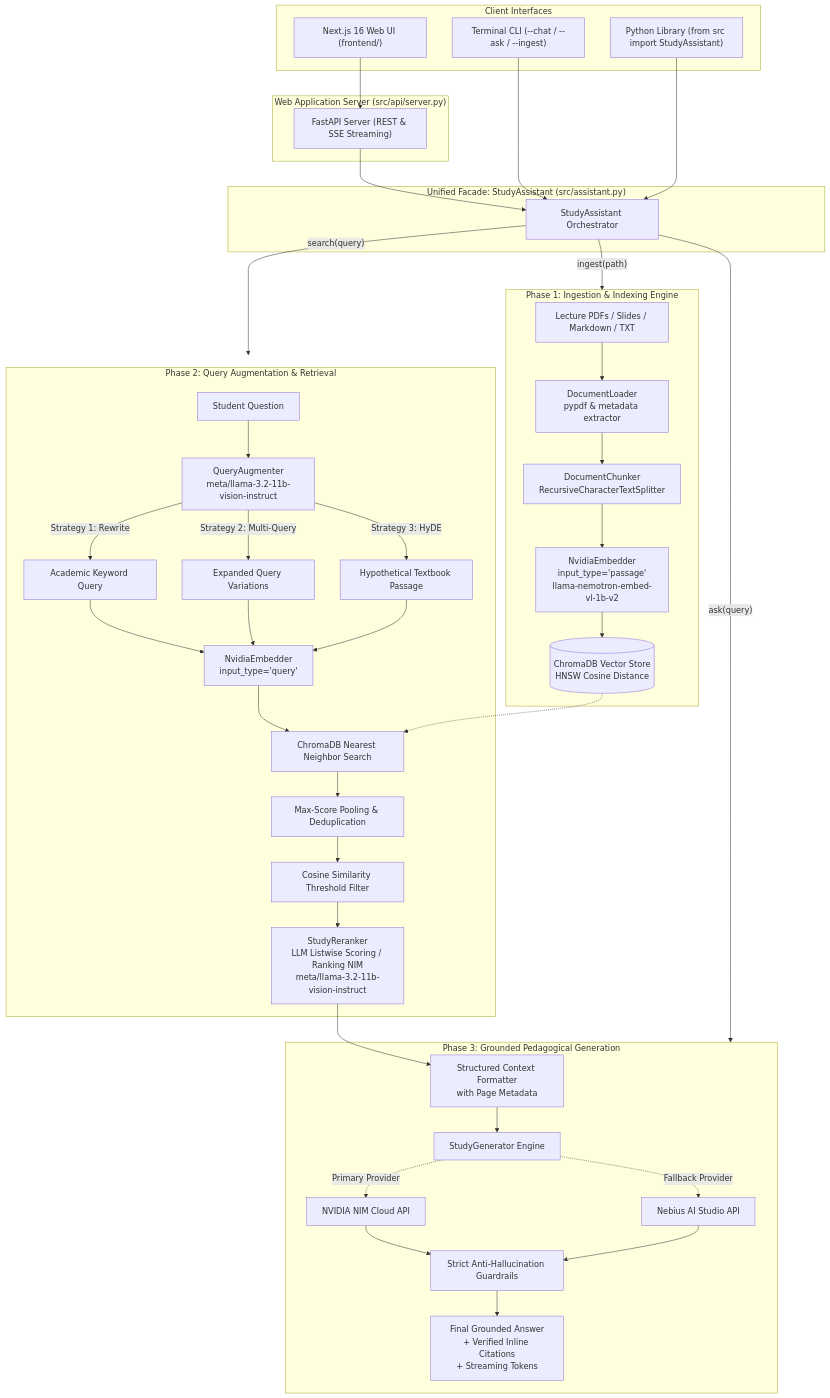
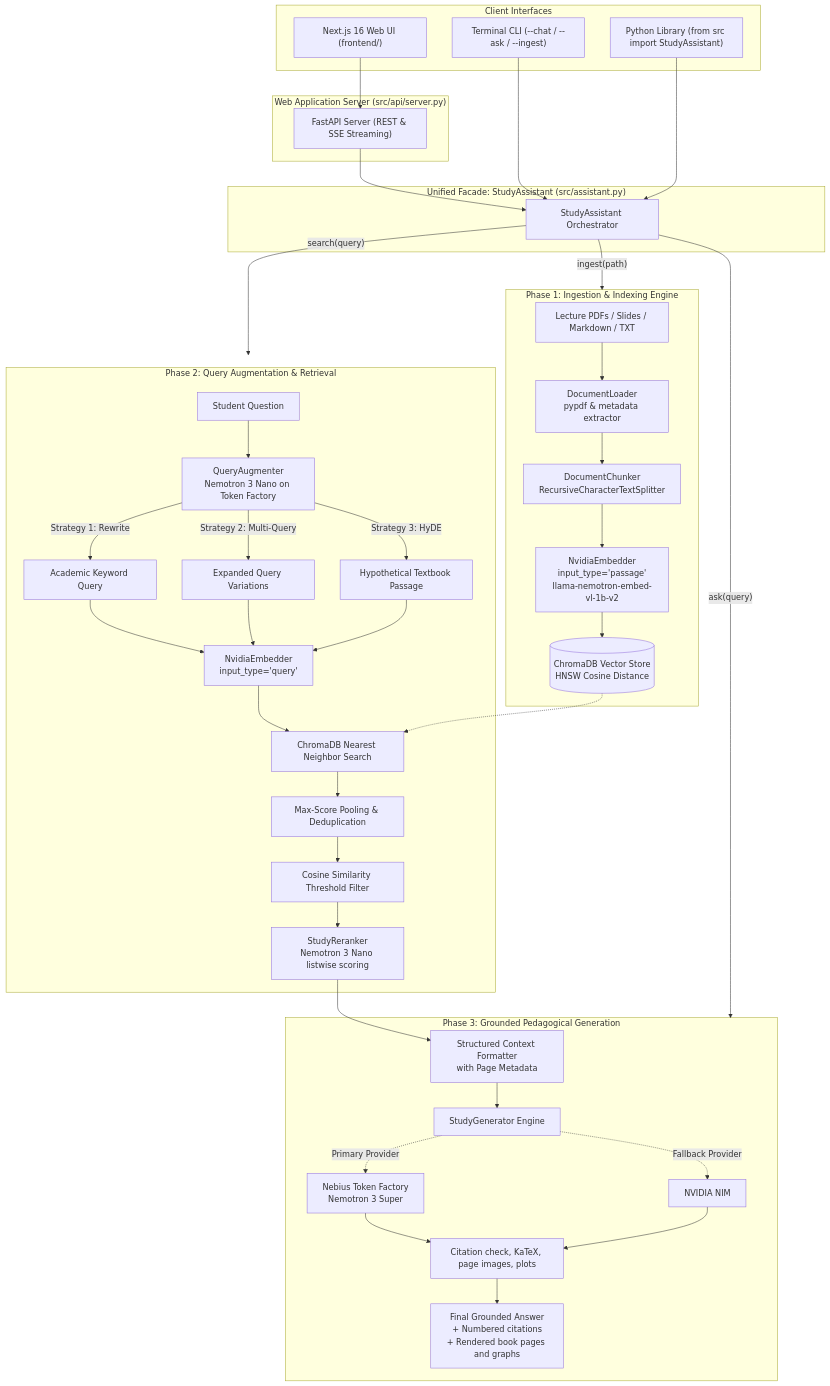
One commit to Khazar451/study-assistant changed the first of 2 diagrams in README.md. Above: the diagram before and after it, drawn with Mermaid. The commit also changed other lines of this file, not shown here.

````diff
--- a/README.md
+++ b/README.md
@@ -79,54 +80,54 @@
 ```mermaid
 flowchart TB
     subgraph CLIENTS["Client Interfaces"]
         WEB["Next.js 16 Web UI (frontend/)"]
         CLI["Terminal CLI (--chat / --ask / --ingest)"]
         API["Python Library (from src import StudyAssistant)"]
     end
 
     subgraph SERVER["Web Application Server (src/api/server.py)"]
         SRV["FastAPI Server (REST & SSE Streaming)"]
     end
 
     subgraph ORCHESTRATOR["Unified Facade: StudyAssistant (src/assistant.py)"]
         FACADE["StudyAssistant Orchestrator"]
     end
 
     subgraph INGESTION["Phase 1: Ingestion & Indexing Engine"]
         A[Lecture PDFs / Slides / Markdown / TXT] --> B[DocumentLoader<br/>pypdf & metadata extractor]
         B --> C[DocumentChunker<br/>RecursiveCharacterTextSplitter]
         C --> D[NvidiaEmbedder<br/>input_type='passage'<br/>llama-nemotron-embed-vl-1b-v2]
         D --> E[(ChromaDB Vector Store<br/>HNSW Cosine Distance)]
     end
 
     subgraph QUERY["Phase 2: Query Augmentation & Retrieval"]
-        F[Student Question] --> G[QueryAugmenter<br/>meta/llama-3.2-11b-vision-instruct]
+        F[Student Question] --> G[QueryAugmenter<br/>Nemotron 3 Nano on Token Factory]
         G -->|Strategy 1: Rewrite| H1[Academic Keyword Query]
         G -->|Strategy 2: Multi-Query| H2[Expanded Query Variations]
         G -->|Strategy 3: HyDE| H3[Hypothetical Textbook Passage]
         H1 & H2 & H3 --> I[NvidiaEmbedder<br/>input_type='query']
         I --> J[ChromaDB Nearest Neighbor Search]
         J --> K[Max-Score Pooling & Deduplication]
         K --> L[Cosine Similarity Threshold Filter]
-        L --> RR[StudyReranker<br/>LLM Listwise Scoring / Ranking NIM<br/>meta/llama-3.2-11b-vision-instruct]
+        L --> RR[StudyReranker<br/>Nemotron 3 Nano listwise scoring]
     end
 
     subgraph GENERATION["Phase 3: Grounded Pedagogical Generation"]
         RR --> M[Structured Context Formatter<br/>with Page Metadata]
         M --> N[StudyGenerator Engine]
-        N -.->|Primary Provider| O1[NVIDIA NIM Cloud API]
-        N -.->|Fallback Provider| O2[Nebius AI Studio API]
-        O1 & O2 --> P[Strict Anti-Hallucination Guardrails]
-        P --> Q[Final Grounded Answer<br/>+ Verified Inline Citations<br/>+ Streaming Tokens]
+        N -.->|Primary Provider| O1[Nebius Token Factory<br/>Nemotron 3 Super]
+        N -.->|Fallback Provider| O2[NVIDIA NIM]
+        O1 & O2 --> P[Citation check, KaTeX, page images, plots]
+        P --> Q[Final Grounded Answer<br/>+ Numbered citations<br/>+ Rendered book pages and graphs]
     end
 
     WEB --> SRV
     SRV --> FACADE
     CLI --> FACADE
     API --> FACADE
 
     FACADE -->|"ingest(path)"| INGESTION
     FACADE -->|"search(query)"| QUERY
     FACADE -->|"ask(query)"| GENERATION
     E -.-> J
 ```
````
